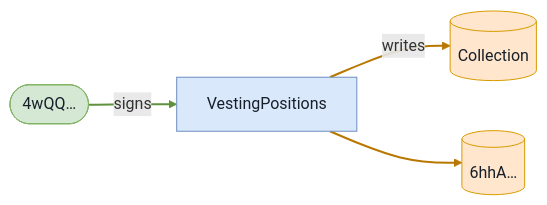
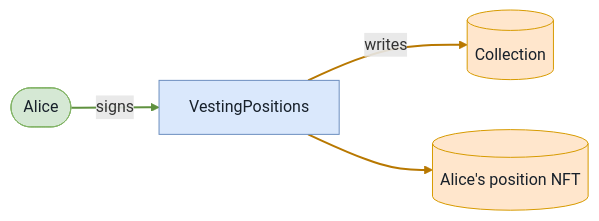
One commit to cds-turbin3/vesting-position changed the eighth of 9 diagrams in babelfish-tests/test-report/freeze_asset_requires_creator.md. Above: the diagram before and after it, drawn with Mermaid. The commit also changed other lines of this file and 104 other files, not shown here.

````diff
--- a/babelfish-tests/test-report/freeze_asset_requires_creator.md
+++ b/babelfish-tests/test-report/freeze_asset_requires_creator.md
@@ -390,15 +389,15 @@
 ```mermaid
 flowchart LR
     VestingPositions["VestingPositions"]:::program
-    n4wQQ(["4wQQ…"]):::signer
+    Alice(["Alice"]):::signer
     Collection[("Collection")]:::state
-    n6hhA[("6hhA…")]:::state
-    n4wQQ -->|signs| VestingPositions
+    AlicespositionNFT[("Alice's position NFT")]:::state
+    Alice -->|signs| VestingPositions
     VestingPositions -->|writes| Collection
-    VestingPositions --> n6hhA
+    VestingPositions --> AlicespositionNFT
     classDef program fill:#dae8fc,stroke:#6c8ebf,color:#17202a;
     classDef signer fill:#d5e8d4,stroke:#82b366,color:#17202a;
     classDef state fill:#ffe6cc,stroke:#d79b00,color:#17202a;
     linkStyle 0 stroke:#5f913f,stroke-width:2px
     linkStyle 1,2 stroke:#b87800,stroke-width:2px
 ```
````
